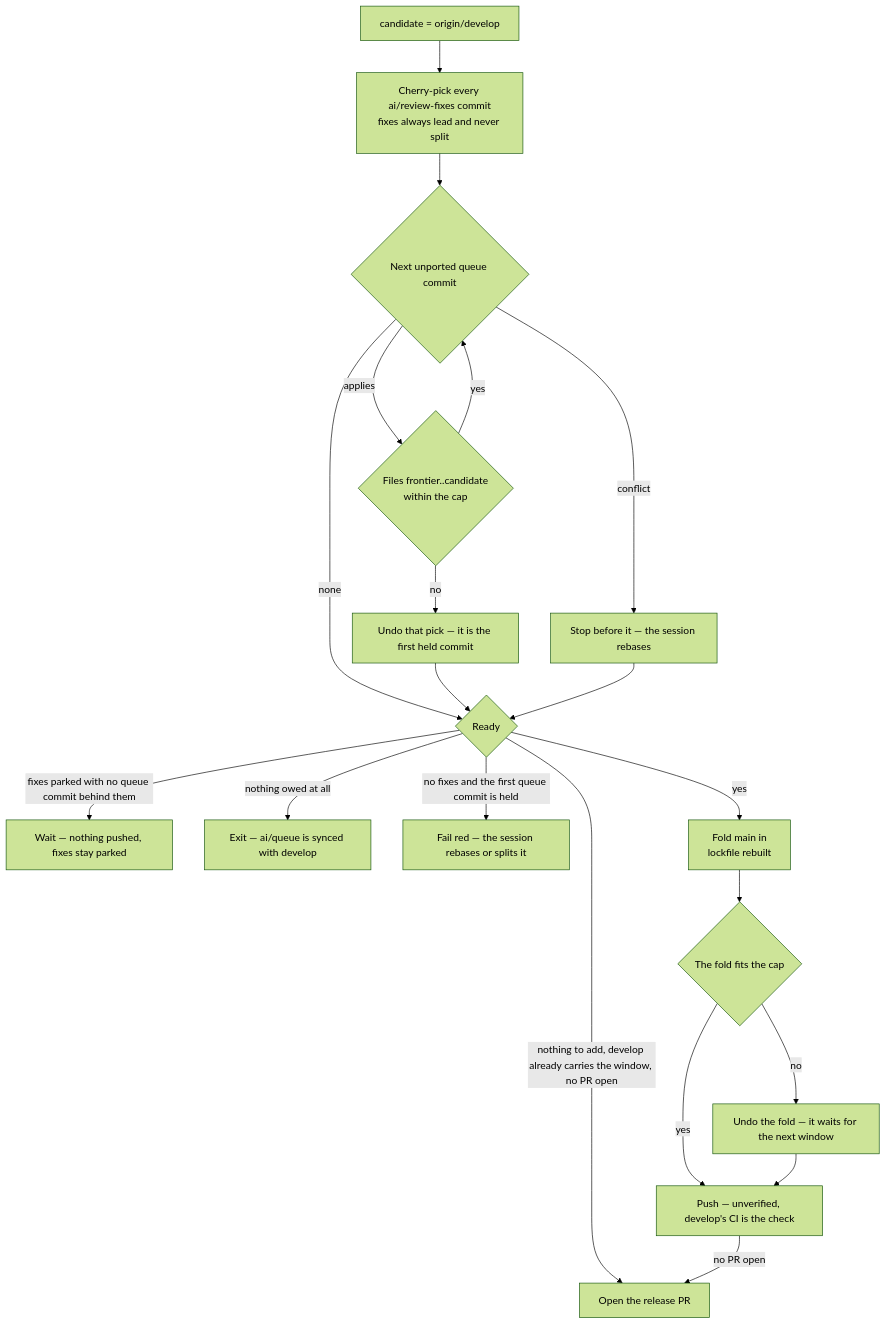
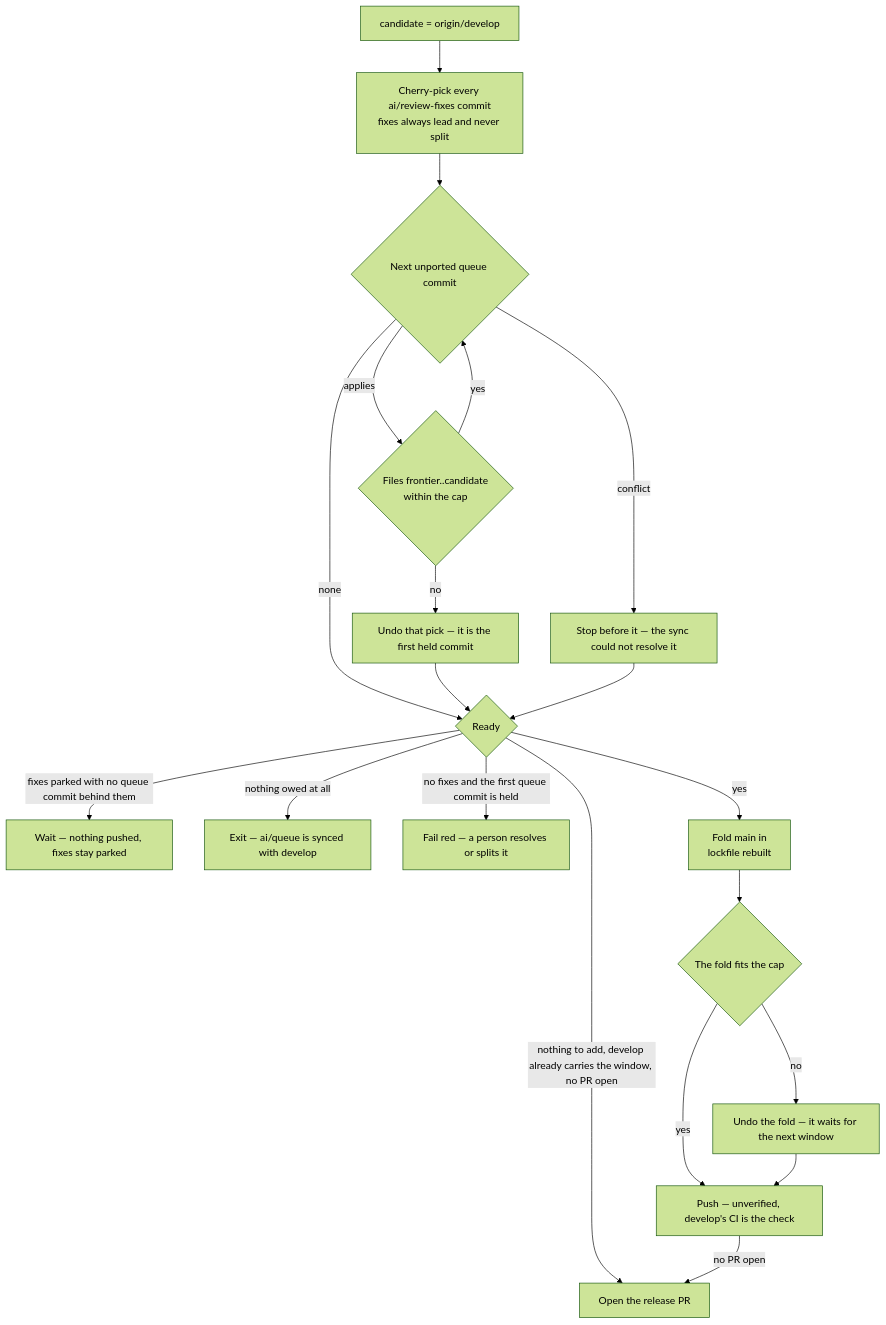
The fourth of 4 diagrams in apps/web/content/docs/infra/review-collector/collection-cycle.md (Esposter/Esposter), drawn with Mermaid (forest theme) before and after one commit. The commit also changed other lines of this file and 30 other files, not shown here.

````diff
--- a/apps/web/content/docs/infra/review-collector/collection-cycle.md
+++ b/apps/web/content/docs/infra/review-collector/collection-cycle.md
@@ -84,20 +106,20 @@
 ```mermaid
 flowchart TD
   C[candidate = origin/develop] --> FX[Cherry-pick every ai/review-fixes commit<br/>fixes always lead and never split]
   FX --> Q{Next unported queue commit}
   Q -->|none| RD
-  Q -->|conflict| H[Stop before it — the session rebases]
+  Q -->|conflict| H[Stop before it — the sync could not resolve it]
   Q -->|applies| M{Files frontier..candidate<br/>within the cap}
   M -->|yes| Q
   M -->|no| U[Undo that pick — it is the first held commit]
   U --> RD
   H --> RD{Ready}
   RD -->|fixes parked with no queue commit behind them| W[Wait — nothing pushed, fixes stay parked]
   RD -->|nothing owed at all| N[Exit — ai/queue is synced with develop]
-  RD -->|no fixes and the first queue commit is held| F[Fail red — the session rebases or splits it]
+  RD -->|no fixes and the first queue commit is held| F[Fail red — a person resolves or splits it]
   RD -->|nothing to add, develop already carries the window, no PR open| OP[Open the release PR]
   RD -->|yes| FM[Fold main in<br/>lockfile rebuilt] --> FC{The fold fits the cap}
   FC -->|yes| P[Push — unverified, develop's CI is the check]
   FC -->|no| UF[Undo the fold — it waits for the next window] --> P
   P -->|no PR open| OP
 ```
````
